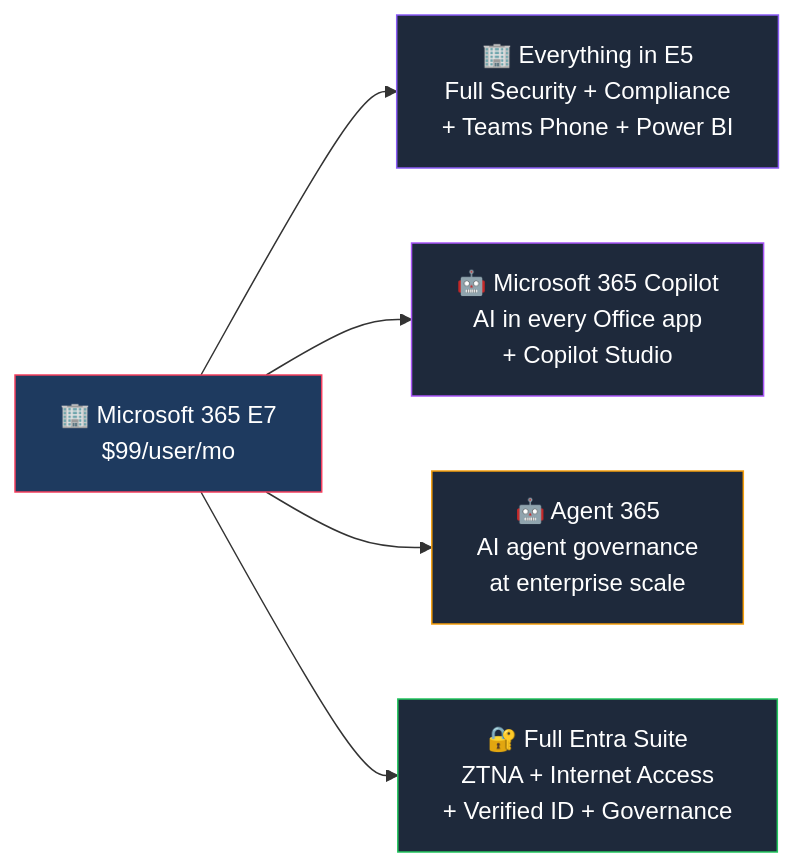
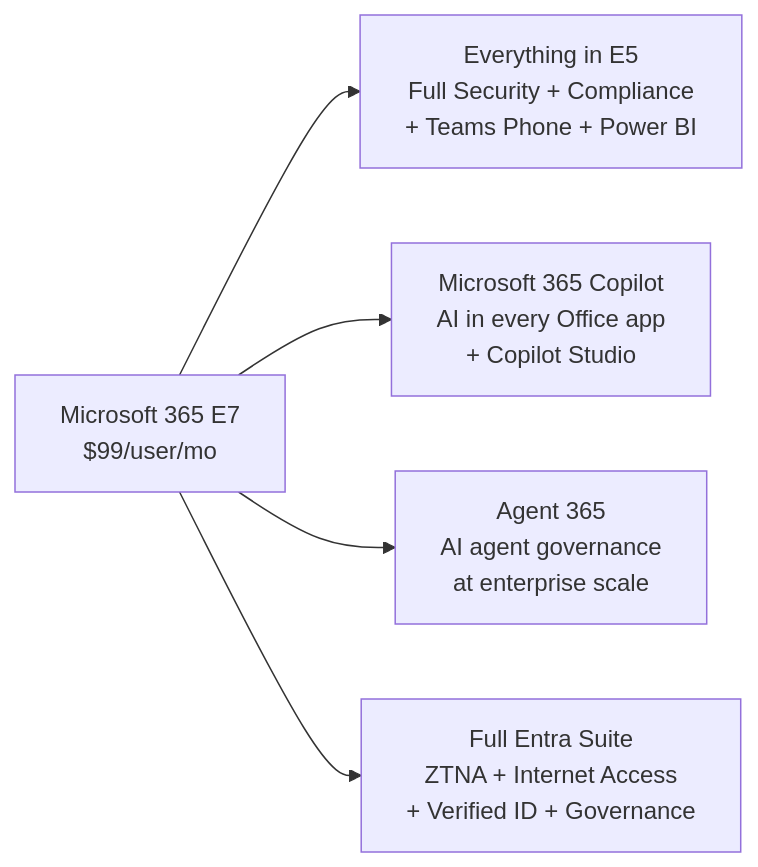
One commit to susanthgit/aguidetocloud-revamp changed the first of 2 diagrams in content/licensing/microsoft-365-e7.md. Above: the diagram before and after it, drawn with Mermaid. The commit also changed other lines of this file and 553 other files, not shown here.

First line of the commit message:
🌸 Z17: Zen Mermaid diagrams — Stripe Docs style

````diff
--- a/content/licensing/microsoft-365-e7.md
+++ b/content/licensing/microsoft-365-e7.md
@@ -60,17 +60,12 @@
 ```mermaid
 flowchart LR
-    E7["🏢 Microsoft 365 E7\n$99/user/mo"]
-    E5["🏢 Everything in E5\nFull Security + Compliance\n+ Teams Phone + Power BI"]
-    COP["🤖 Microsoft 365 Copilot\nAI in every Office app\n+ Copilot Studio"]
-    AGT["🤖 Agent 365\nAI agent governance\nat enterprise scale"]
-    ENT["🔐 Full Entra Suite\nZTNA + Internet Access\n+ Verified ID + Governance"]
+    E7["Microsoft 365 E7<br/>$99/user/mo"]
+    E5["Everything in E5<br/>Full Security + Compliance<br/>+ Teams Phone + Power BI"]
+    COP["Microsoft 365 Copilot<br/>AI in every Office app<br/>+ Copilot Studio"]
+    AGT["Agent 365<br/>AI agent governance<br/>at enterprise scale"]
+    ENT["Full Entra Suite<br/>ZTNA + Internet Access<br/>+ Verified ID + Governance"]
     E7 --> E5
     E7 --> COP
     E7 --> AGT
     E7 --> ENT
-    style E7 fill:#1e3a5f,stroke:#F43F5E,color:#ffffff
-    style E5 fill:#1e293b,stroke:#8b5cf6,color:#ffffff
-    style COP fill:#1e293b,stroke:#a855f7,color:#ffffff
-    style AGT fill:#1e293b,stroke:#f59e0b,color:#ffffff
-    style ENT fill:#1e293b,stroke:#22c55e,color:#ffffff
 ```
````
